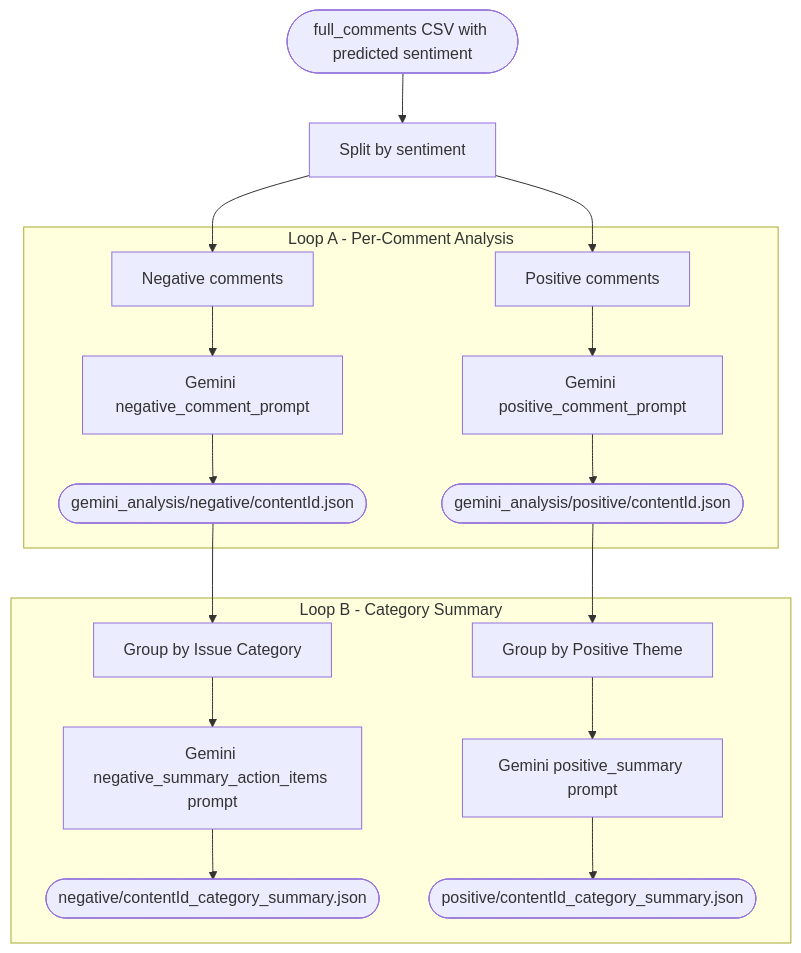
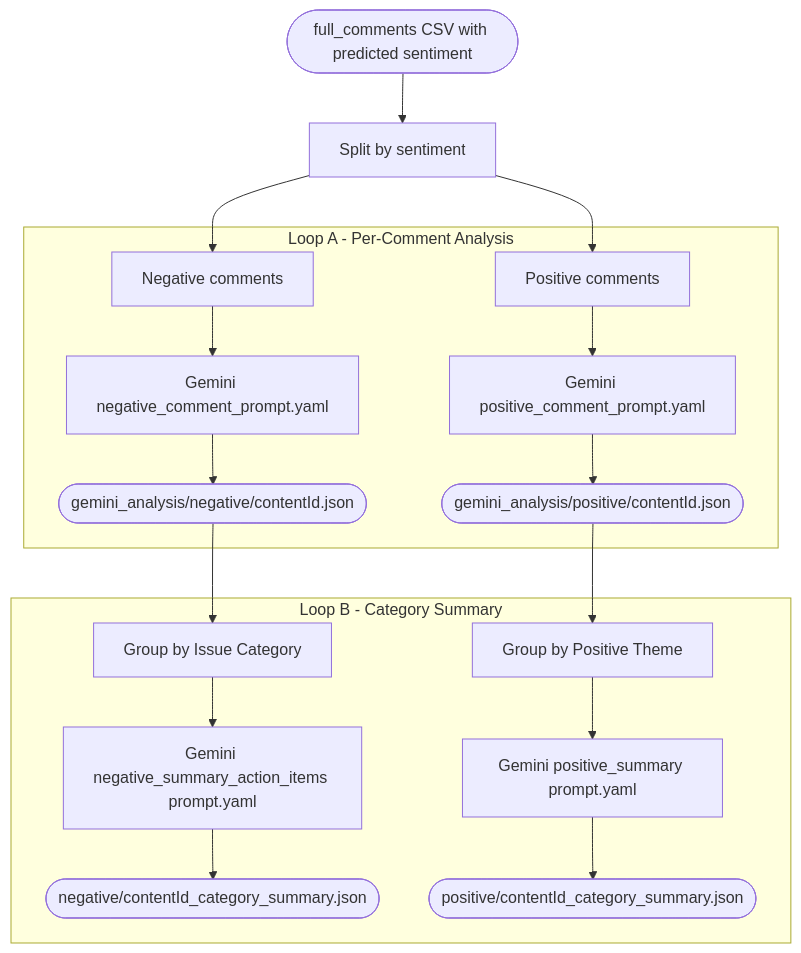
The fourth of 4 diagrams in HLD_docs/high_level_documentation.md (saipraneethmeduritarento/Sentiment_analysis_comments), drawn with Mermaid before and after one commit. The commit also changed other lines of this file, not shown here.

````diff
--- a/HLD_docs/high_level_documentation.md
+++ b/HLD_docs/high_level_documentation.md
@@ -108,22 +101,22 @@
 ```mermaid
 flowchart TD
     A([full_comments CSV with predicted sentiment]) --> B[Split by sentiment]
     B --> NEG[Negative comments]
     B --> POS[Positive comments]
 
     subgraph LOOP_A [Loop A - Per-Comment Analysis]
-        NEG --> NA[Gemini negative_comment_prompt]
-        POS --> PA[Gemini positive_comment_prompt]
+        NEG --> NA[Gemini negative_comment_prompt.yaml]
+        POS --> PA[Gemini positive_comment_prompt.yaml]
         NA --> NO([gemini_analysis/negative/contentId.json])
         PA --> PO([gemini_analysis/positive/contentId.json])
     end
 
     subgraph LOOP_B [Loop B - Category Summary]
         NO --> NS[Group by Issue Category]
         PO --> PS[Group by Positive Theme]
-        NS --> NSP[Gemini negative_summary_action_items prompt]
-        PS --> PSP[Gemini positive_summary prompt]
+        NS --> NSP[Gemini negative_summary_action_items prompt.yaml]
+        PS --> PSP[Gemini positive_summary prompt.yaml]
         NSP --> NSO([negative/contentId_category_summary.json])
         PSP --> PSO([positive/contentId_category_summary.json])
     end
 ```
````
